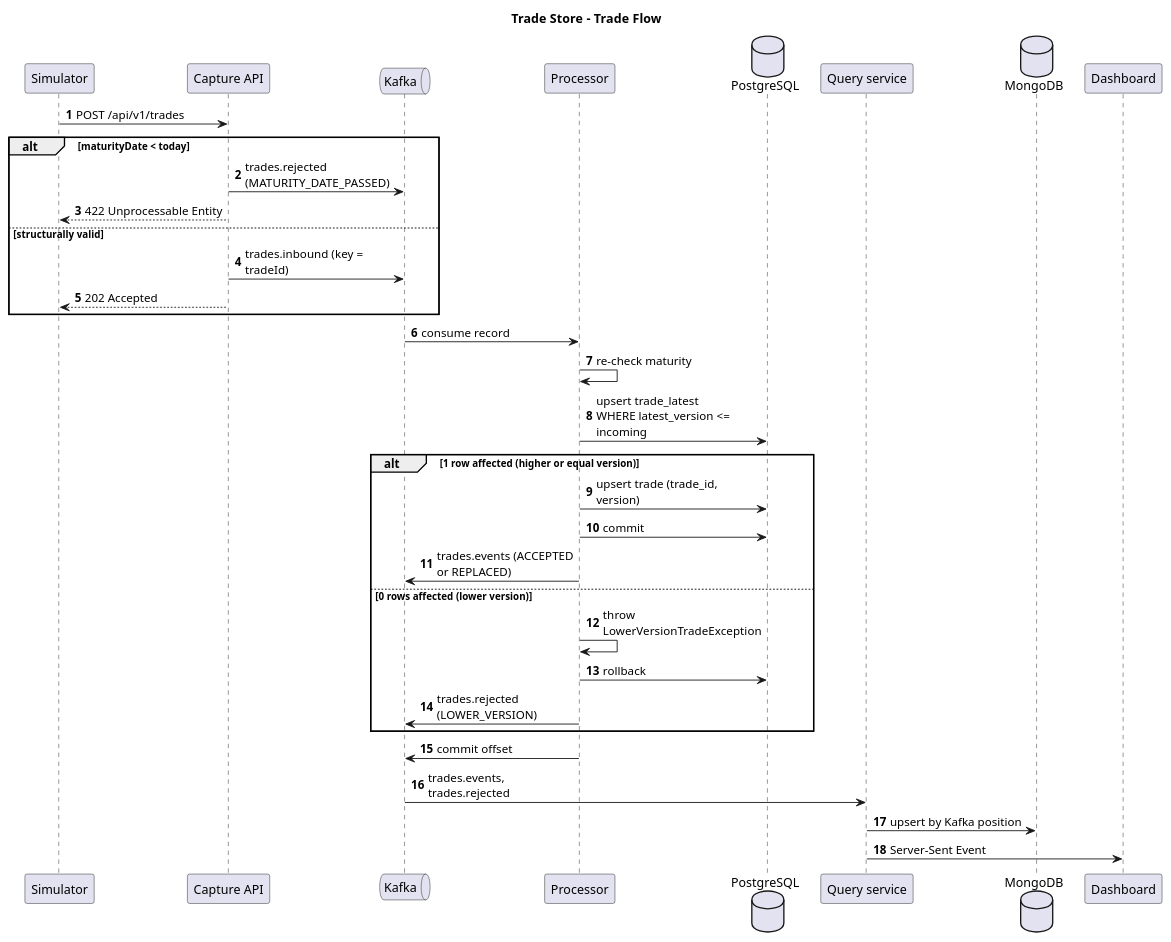
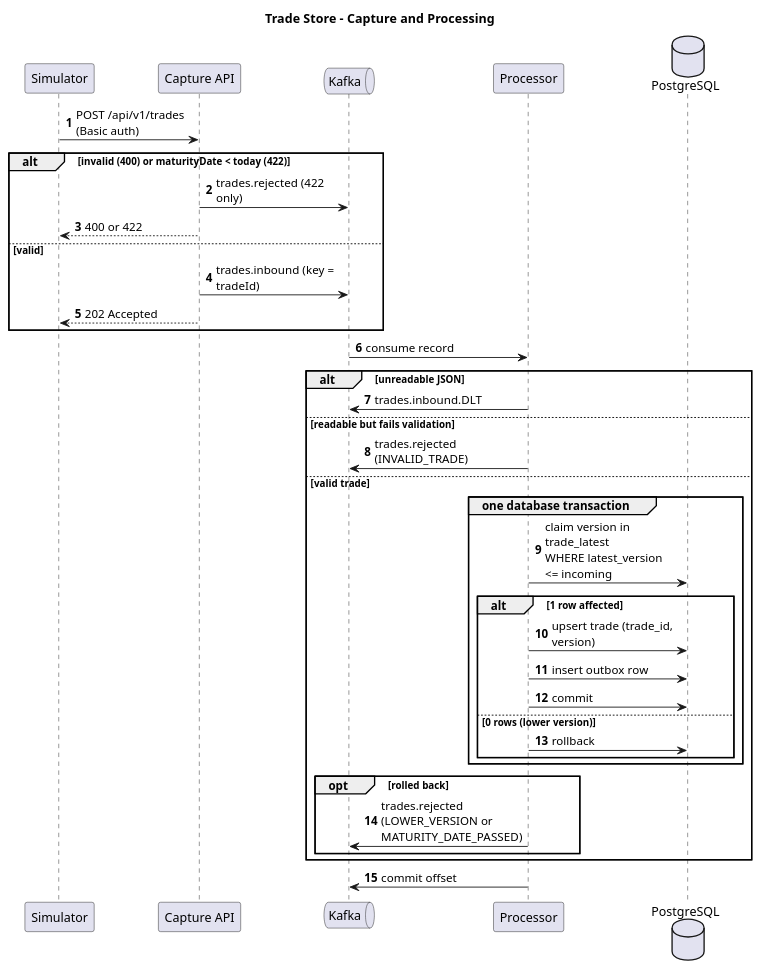
One commit to vijaydixitffis/dws-trade-app changed the diagram in docs/diagrams/sequence-trade-flow.puml. Above: the diagram before and after it, drawn with PlantUML. The commit also changed 19 other files, not shown here.

Commit message:
docs: HLD 1.1 (outbox flows, no-gateway issue, NFRs, recommended design without gateway), README, review status

```diff
--- a/docs/diagrams/sequence-trade-flow.puml
+++ b/docs/diagrams/sequence-trade-flow.puml
@@ -1,44 +1,43 @@
 @startuml sequence-trade-flow
-title Trade Store - Trade Flow
+title Trade Store - Capture and Processing
 autonumber
-skinparam maxMessageSize 170
+skinparam maxMessageSize 150
 skinparam ParticipantPadding 8
-skinparam BoxPadding 8
 
 participant "Simulator" as sim
 participant "Capture API" as cap
 queue "Kafka" as k
 participant "Processor" as proc
 database "PostgreSQL" as pg
-participant "Query service" as q
-database "MongoDB" as mongo
-participant "Dashboard" as ui
 
-sim -> cap : POST /api/v1/trades
-alt maturityDate < today
-  cap -> k : trades.rejected (MATURITY_DATE_PASSED)
-  cap --> sim : 422 Unprocessable Entity
-else structurally valid
+sim -> cap : POST /api/v1/trades (Basic auth)
+alt invalid (400) or maturityDate < today (422)
+  cap -> k : trades.rejected (422 only)
+  cap --> sim : 400 or 422
+else valid
   cap -> k : trades.inbound (key = tradeId)
   cap --> sim : 202 Accepted
 end
 
 k -> proc : consume record
-proc -> proc : re-check maturity
-proc -> pg : upsert trade_latest\nWHERE latest_version <= incoming
-
-alt 1 row affected (higher or equal version)
-  proc -> pg : upsert trade (trade_id, version)
-  proc -> pg : commit
-  proc -> k : trades.events (ACCEPTED or REPLACED)
-else 0 rows affected (lower version)
-  proc -> proc : throw LowerVersionTradeException
-  proc -> pg : rollback
-  proc -> k : trades.rejected (LOWER_VERSION)
+alt unreadable JSON
+  proc -> k : trades.inbound.DLT
+else readable but fails validation
+  proc -> k : trades.rejected (INVALID_TRADE)
+else valid trade
+  group one database transaction
+    proc -> pg : claim version in trade_latest\nWHERE latest_version <= incoming
+    alt 1 row affected
+      proc -> pg : upsert trade (trade_id, version)
+      proc -> pg : insert outbox row
+      proc -> pg : commit
+    else 0 rows (lower version)
+      proc -> pg : rollback
+    end
+  end
+  opt rolled back
+    proc -> k : trades.rejected\n(LOWER_VERSION or MATURITY_DATE_PASSED)
+  end
 end
 proc -> k : commit offset
-
-k -> q : trades.events, trades.rejected
-q -> mongo : upsert by Kafka position
-q -> ui : Server-Sent Event
 @enduml
```
